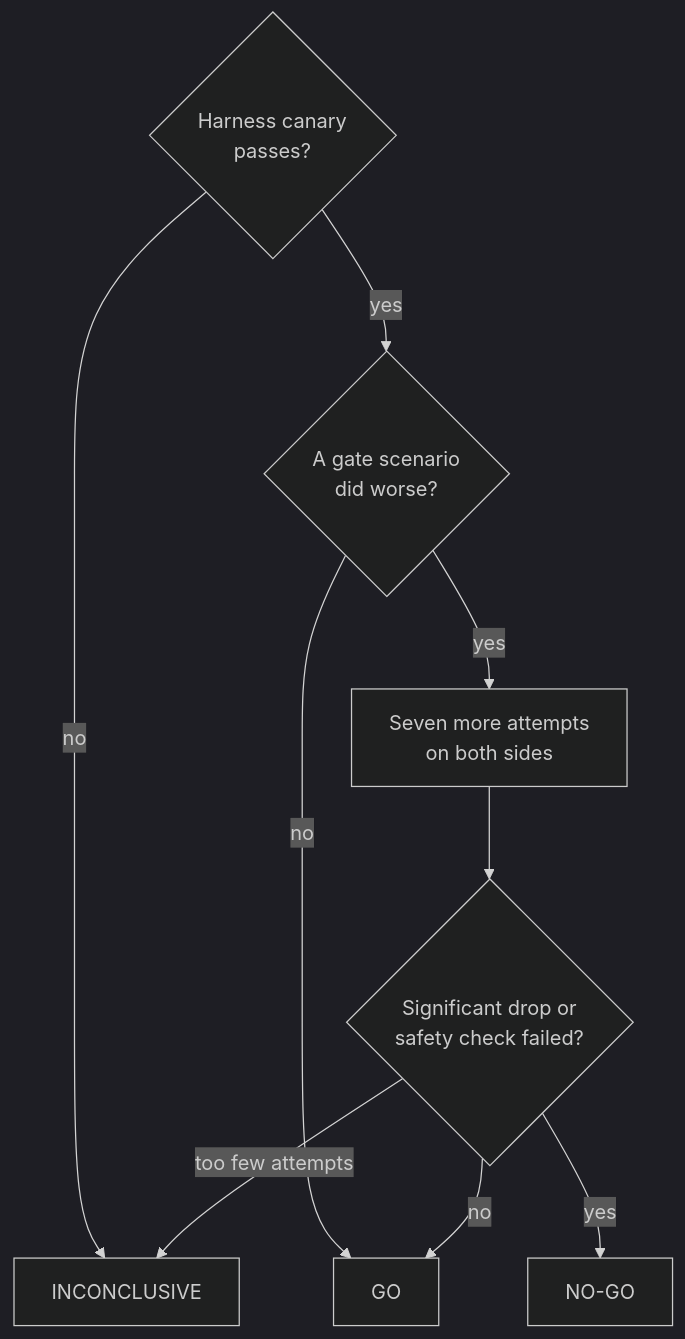
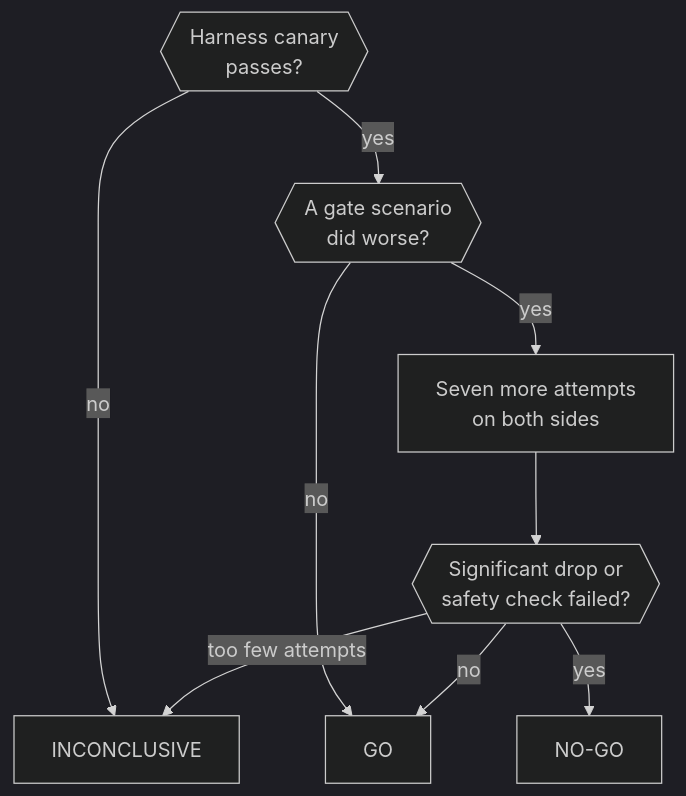
Before and after one commit to n8n-io/nod: the second of 2 diagrams in docs/src/content/docs/contribute/evals.mdx, drawn with Mermaid (dark theme). The commit also changed other lines of this file and 54 other files, not shown here.

````diff
--- a/docs/src/content/docs/contribute/evals.mdx
+++ b/docs/src/content/docs/contribute/evals.mdx
@@ -112,11 +112,11 @@
 ```mermaid
 flowchart TD
-  canary{Harness canary<br/>passes?} -- no --> inc[INCONCLUSIVE]:::muted
-  canary -- yes --> worse{A gate scenario<br/>did worse?}
+  canary{{Harness canary<br/>passes?}} -- no --> inc[INCONCLUSIVE]:::muted
+  canary -- yes --> worse{{A gate scenario<br/>did worse?}}
   worse -- no --> go[GO]:::go
   worse -- yes --> more[Seven more attempts<br/>on both sides]
-  more --> drop{Significant drop or<br/>safety check failed?}
+  more --> drop{{Significant drop or<br/>safety check failed?}}
   drop -- yes --> nogo[NO-GO]:::stop
   drop -- no --> go
   drop -- too few attempts --> inc
 ```
````
